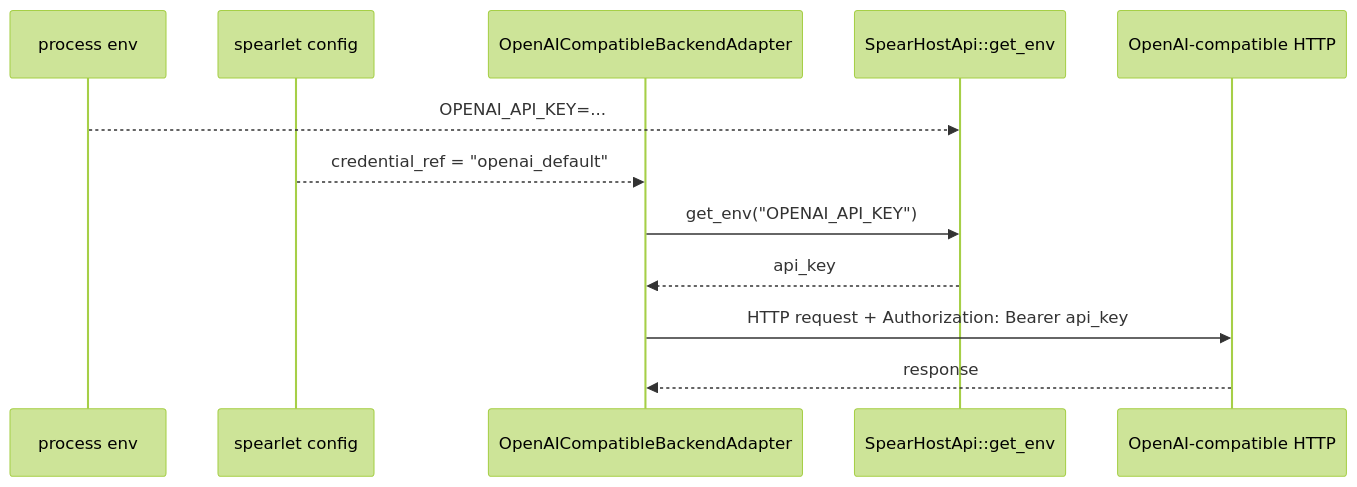
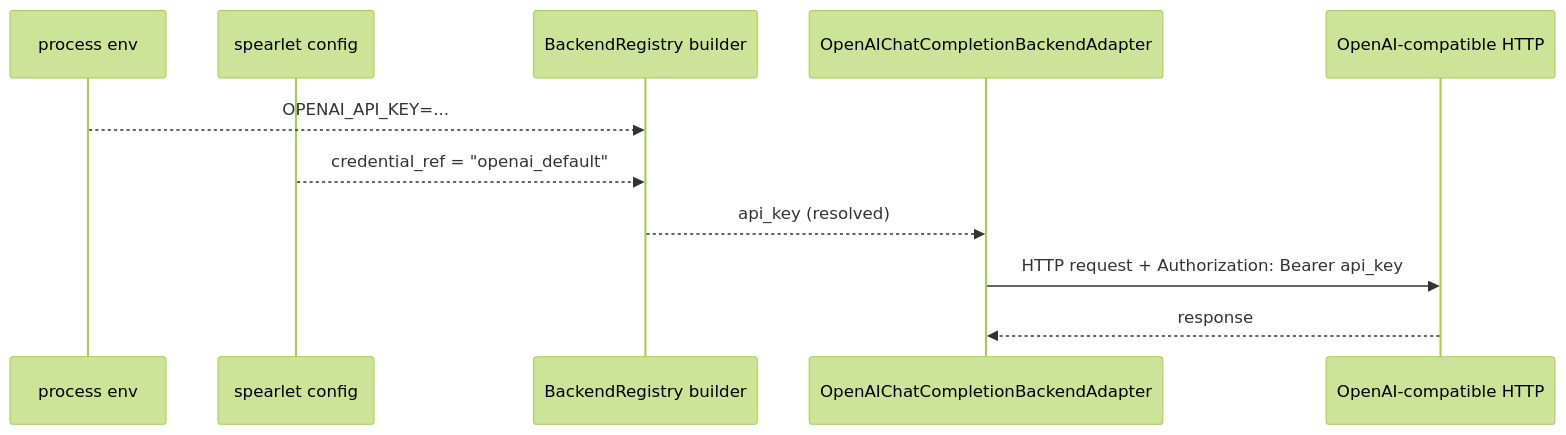
Before and after one commit to lfedgeai/SPEAR: the fourth of 5 diagrams in docs/backend-adapter/implementation-plan-en.md, drawn with Mermaid (forest theme). The commit also changed 5 other files, not shown here.

````diff
--- a/docs/backend-adapter/implementation-plan-en.md
+++ b/docs/backend-adapter/implementation-plan-en.md
@@ -78,15 +78,14 @@
 ```mermaid
 sequenceDiagram
   participant OS as process env
   participant C as spearlet config
-  participant A as OpenAICompatibleBackendAdapter
-  participant H as SpearHostApi::get_env
+  participant R as BackendRegistry builder
+  participant A as OpenAIChatCompletionBackendAdapter
   participant O as OpenAI-compatible HTTP
 
-  OS-->>H: OPENAI_API_KEY=...
-  C-->>A: credential_ref = "openai_default"
-  A->>H: get_env("OPENAI_API_KEY")
-  H-->>A: api_key
+  OS-->>R: OPENAI_API_KEY=...
+  C-->>R: credential_ref = "openai_default"
+  R-->>A: api_key (resolved)
   A->>O: HTTP request + Authorization: Bearer api_key
   O-->>A: response
 ```
````
